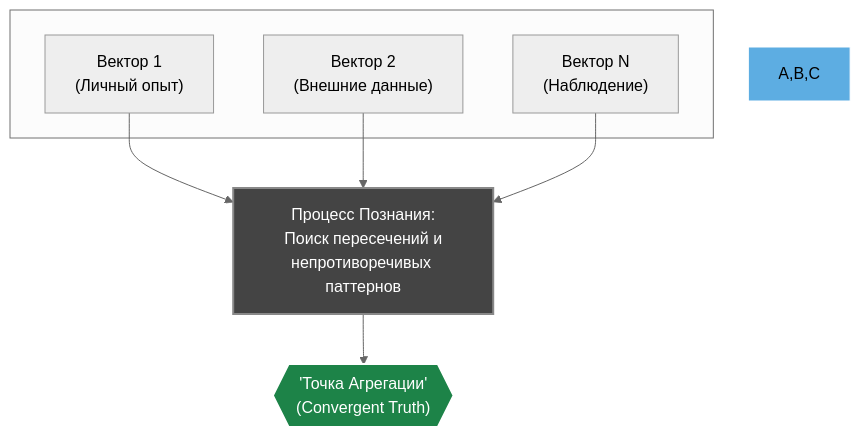
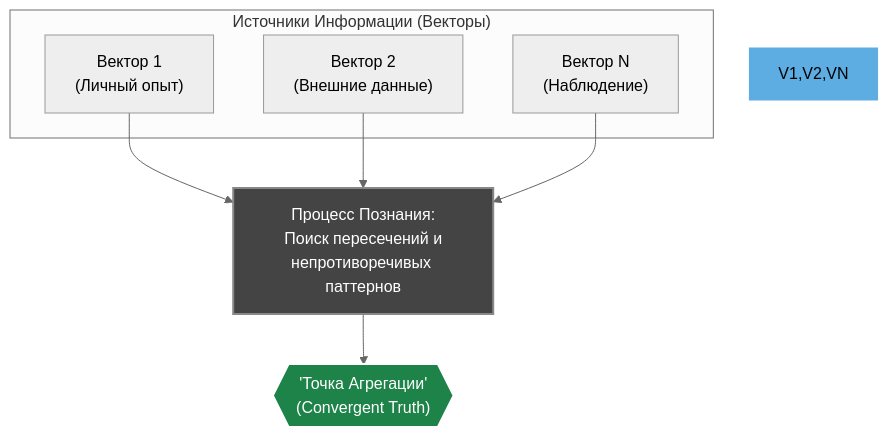
One commit to mcasdfgf/thea changed the second of 2 diagrams in THEORY.ru.md. Above: the diagram before and after it, drawn with Mermaid (neutral theme).

````diff
--- a/THEORY.ru.md
+++ b/THEORY.ru.md
@@ -97,21 +97,21 @@
 ```mermaid
 graph TD
-    subgraph " "
-        A["Вектор 1<br/>(Личный опыт)"]
-        B["Вектор 2<br/>(Внешние данные)"]
-        C["Вектор N<br/>(Наблюдение)"]
+    subgraph "Источники Информации (Векторы)"
+        V1["Вектор 1<br/>(Личный опыт)"]
+        V2["Вектор 2<br/>(Внешние данные)"]
+        VN["Вектор N<br/>(Наблюдение)"]
     end
     
-    Process["Процесс Познания:<br/>Поиск пересечений и<br/>непротиворечивых паттернов"]
+    CognitionProcess["Процесс Познания:<br/>Поиск пересечений и<br/>непротиворечивых паттернов"]
     
-    Result{{"'Точка Агрегации'<br/>(Convergent Truth)"}}
+    ConvergentTruth{{"'Точка Агрегации'<br/>(Convergent Truth)"}}
     
-    A --> Process
-    B --> Process
-    C --> Process
-    Process --> Result
+    V1 --> CognitionProcess
+    V2 --> CognitionProcess
+    VN --> CognitionProcess
+    CognitionProcess --> ConvergentTruth
     
-    style A,B,C fill:#5DADE2,stroke:#fff,stroke-width:1px,color:#000
-    style Process fill:#444,stroke:#888,stroke-width:2px,color:#fff
-    style Result fill:#1D8348,stroke:#fff,stroke-width:2px,color:#fff
+    style V1,V2,VN fill:#5DADE2,stroke:#fff,stroke-width:1px,color:#000
+    style CognitionProcess fill:#444,stroke:#888,stroke-width:2px,color:#fff
+    style ConvergentTruth fill:#1D8348,stroke:#fff,stroke-width:2px,color:#fff
 ```
````
